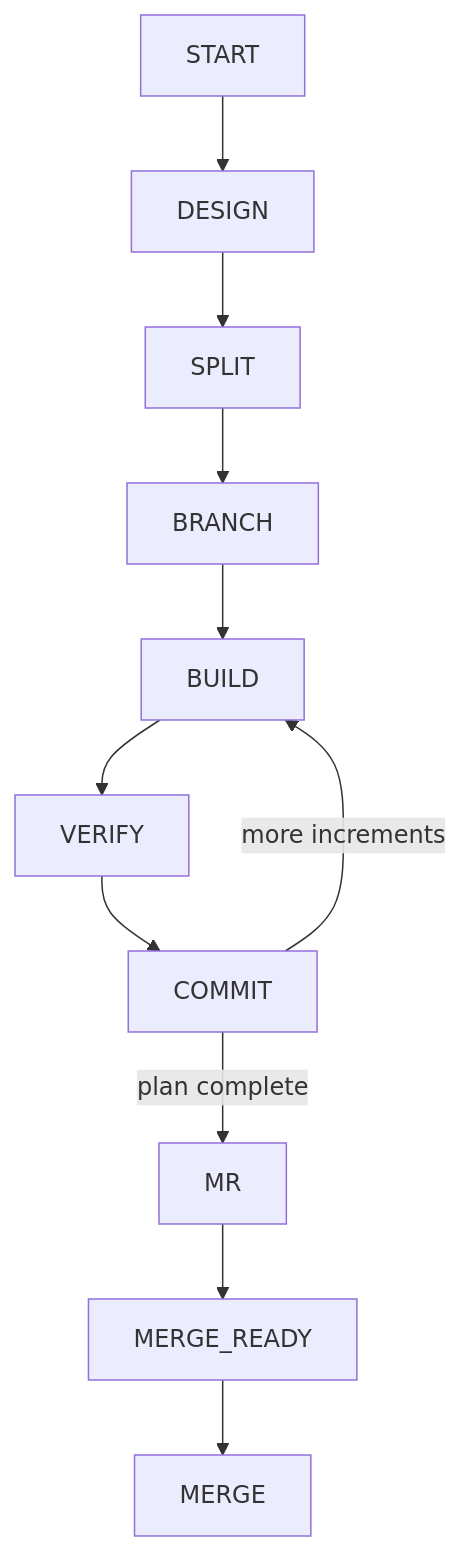
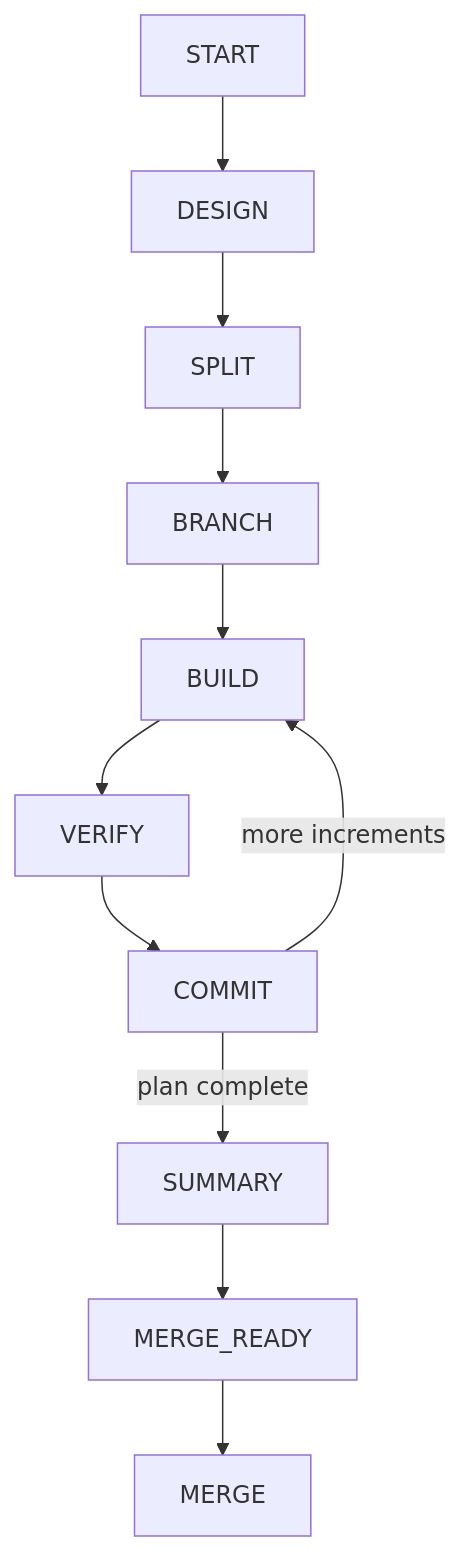
The first of 3 diagrams in README.md (an-dr/agents), drawn with Mermaid before and after one commit. The commit also changed other lines of this file and 24 other files, not shown here.

````diff
--- a/README.md
+++ b/README.md
@@ -16,6 +17,6 @@
 ```mermaid
 flowchart TD
 START --> DESIGN --> SPLIT --> BRANCH --> BUILD --> VERIFY --> COMMIT
 COMMIT -->|more increments| BUILD
-COMMIT -->|plan complete| MR --> MERGE_READY --> MERGE
+COMMIT -->|plan complete| SUMMARY --> MERGE_READY --> MERGE
 ```
````
